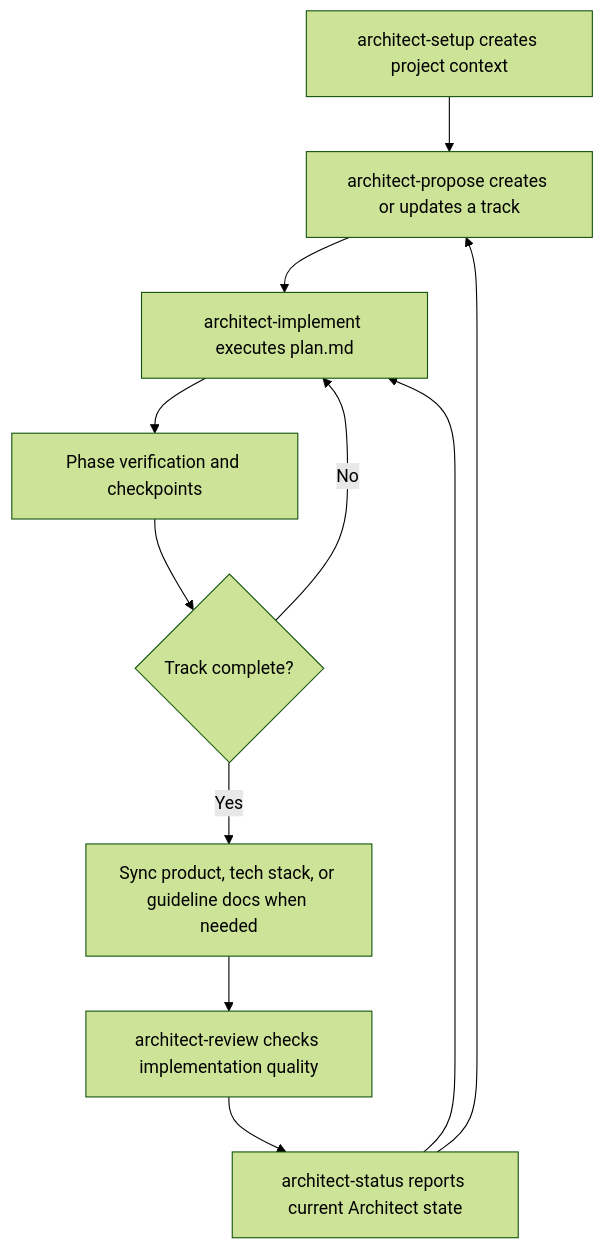
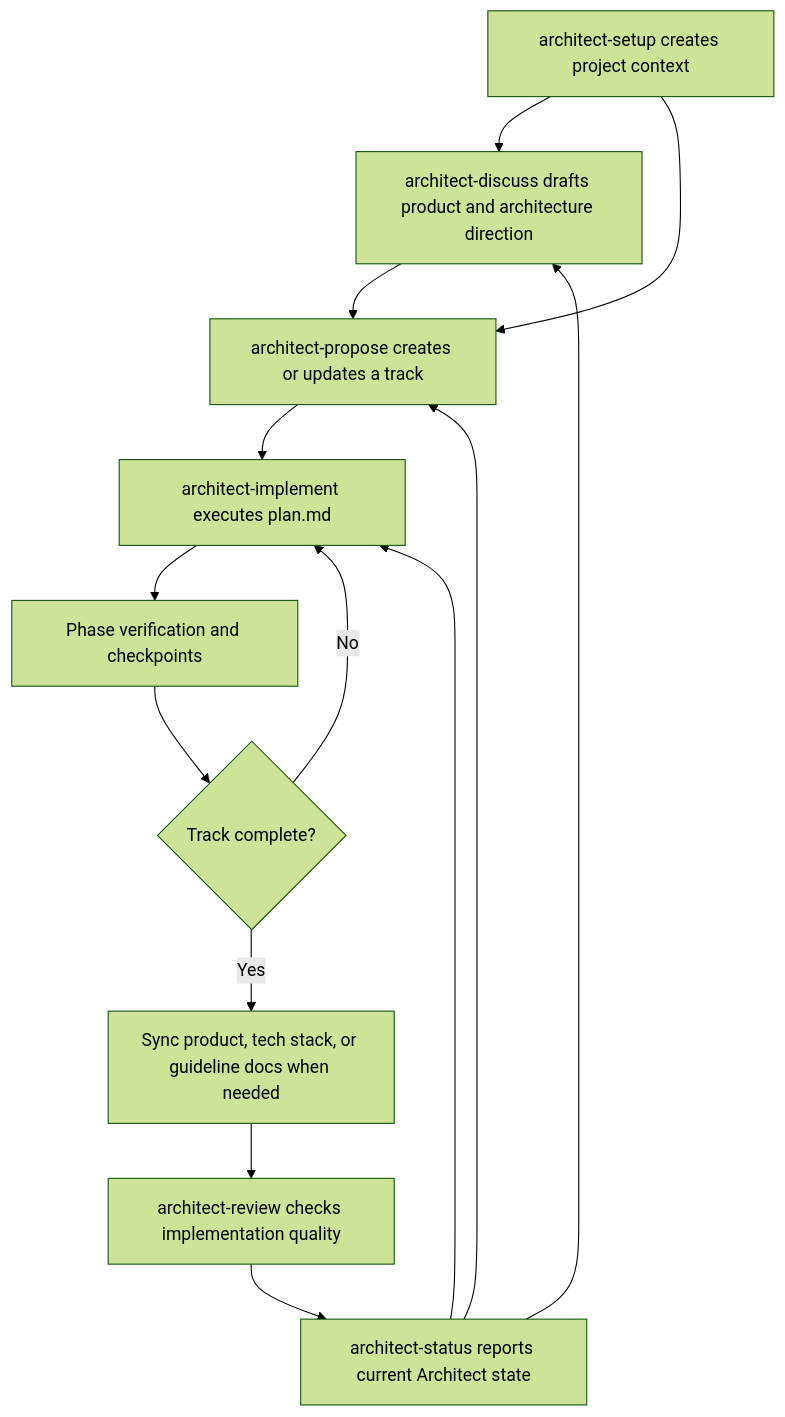
Before and after one commit to hlhr202/swe-skills: the diagram in misc/architect/README.md, drawn with Mermaid (forest theme). The commit also changed other lines of this file and 12 other files, not shown here.

Commit message:
:memo: docs: add architect discuss workflow

````diff
--- a/misc/architect/README.md
+++ b/misc/architect/README.md
@@ -16,14 +16,17 @@
 ```mermaid
 flowchart TD
-    Setup[architect-setup creates project context] --> Propose[architect-propose creates or updates a track]
+    Setup[architect-setup creates project context] --> Discuss[architect-discuss drafts product and architecture direction]
+    Discuss --> Propose[architect-propose creates or updates a track]
+    Setup --> Propose
     Propose --> Implement[architect-implement executes plan.md]
     Implement --> Verify[Phase verification and checkpoints]
     Verify --> Complete{Track complete?}
     Complete -->|No| Implement
     Complete -->|Yes| Sync[Sync product, tech stack, or guideline docs when needed]
     Sync --> Review[architect-review checks implementation quality]
     Review --> Status[architect-status reports current Architect state]
 
     Status --> Propose
+    Status --> Discuss
     Status --> Implement
 ```
````
